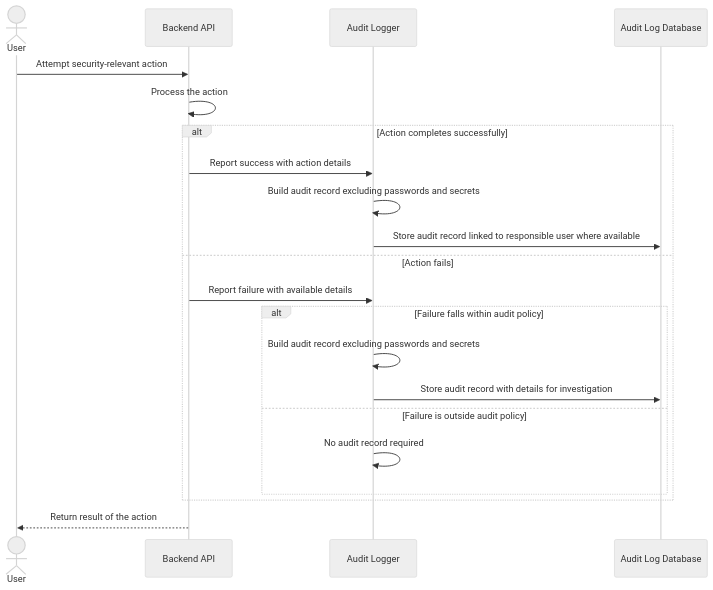
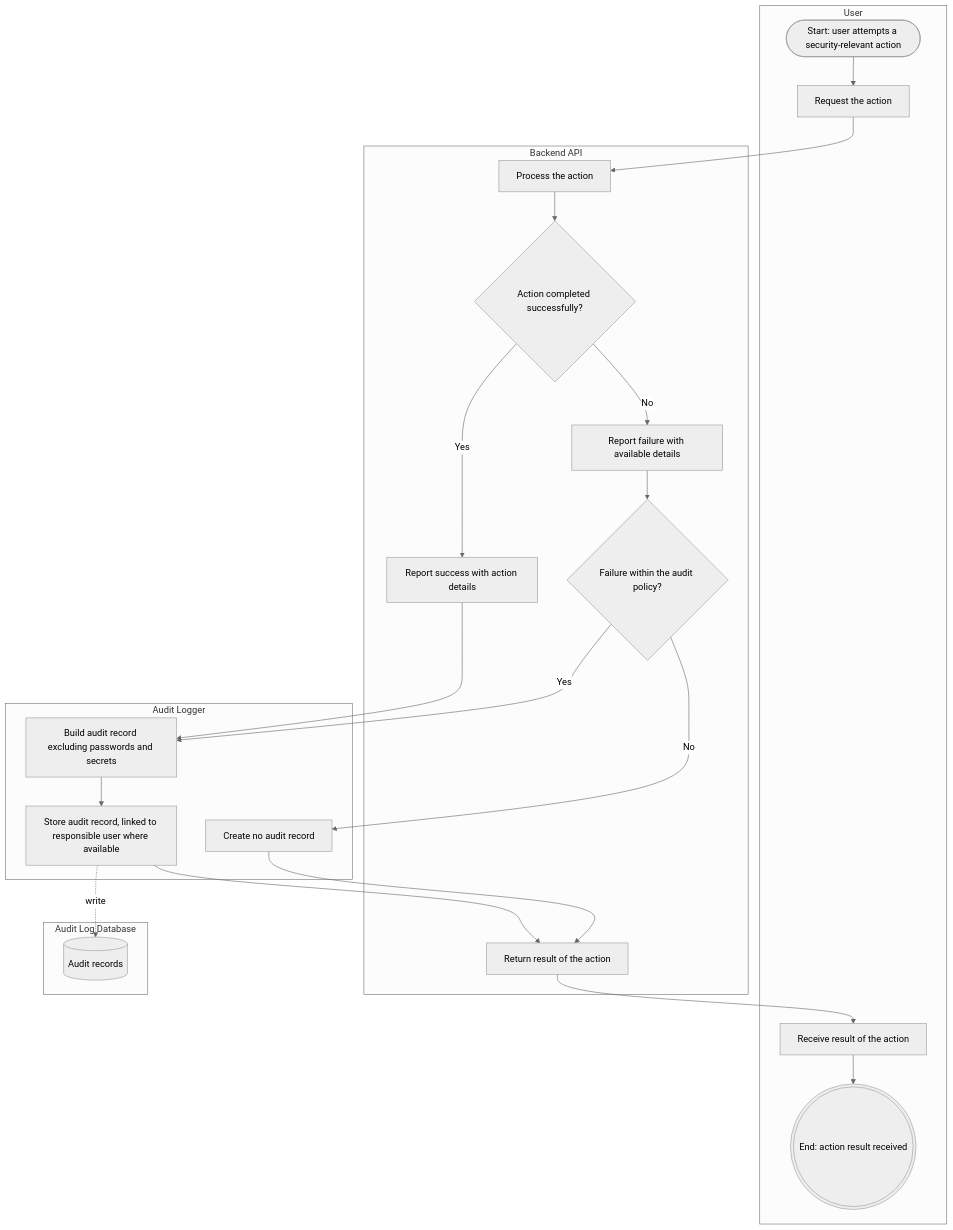
The first of 2 diagrams in docs/analysis/behavior/US-08-audit-logging.md (El-Dorado26/hive-honeypot-network), drawn with Mermaid (neutral theme) before and after one commit. The commit also changed other lines of this file, not shown here.

Commit message:
Revise audit logging documentation with new diagrams
Updated UML sequence diagrams to business process diagrams and modified scenarios accordingly.

````diff
--- a/docs/analysis/behavior/US-08-audit-logging.md
+++ b/docs/analysis/behavior/US-08-audit-logging.md
@@ -38,27 +40,38 @@
 ```mermaid
-sequenceDiagram
-    actor User
-    participant API as Backend API
-    participant Audit as Audit Logger
-    participant DB as Audit Log Database
-
-    User->>API: Attempt security-relevant action
-    API->>API: Process the action
-
-    alt Action completes successfully
-        API->>Audit: Report success with action details
-        Audit->>Audit: Build audit record excluding passwords and secrets
-        Audit->>DB: Store audit record linked to responsible user where available
-    else Action fails
-        API->>Audit: Report failure with available details
-
-        alt Failure falls within audit policy
-            Audit->>Audit: Build audit record excluding passwords and secrets
-            Audit->>DB: Store audit record with details for investigation
-        else Failure is outside audit policy
-            Audit->>Audit: No audit record required
-        end
+flowchart TB
+    subgraph U["User"]
+        U1(["Start: user attempts a security-relevant action"])
+        U2["Request the action"]
+        U3["Receive result of the action"]
+        UE((("End: action result received")))
     end
 
-    API-->>User: Return result of the action
+    subgraph B["Backend API"]
+        B1["Process the action"]
+        B2{"Action completed successfully?"}
+        B3["Report success with action details"]
+        B4["Report failure with available details"]
+        B5{"Failure within the audit policy?"}
+        B6["Return result of the action"]
+    end
+
+    subgraph L["Audit Logger"]
+        L1["Build audit record excluding passwords and secrets"]
+        L2["Store audit record, linked to responsible user where available"]
+        L3["Create no audit record"]
+    end
+
+    subgraph D["Audit Log Database"]
+        D1[("Audit records")]
+    end
+
+    U1 --> U2 --> B1 --> B2
+    B2 -->|"Yes"| B3 --> L1
+    B2 -->|"No"| B4 --> B5
+    B5 -->|"Yes"| L1
+    B5 -->|"No"| L3 --> B6
+    L1 --> L2
+    L2 -.->|"write"| D1
+    L2 --> B6
+    B6 --> U3 --> UE
 ```
````
